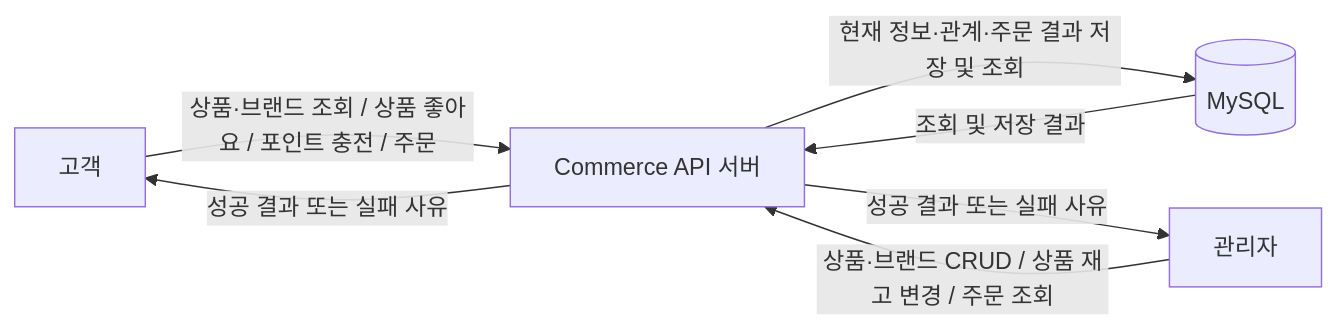
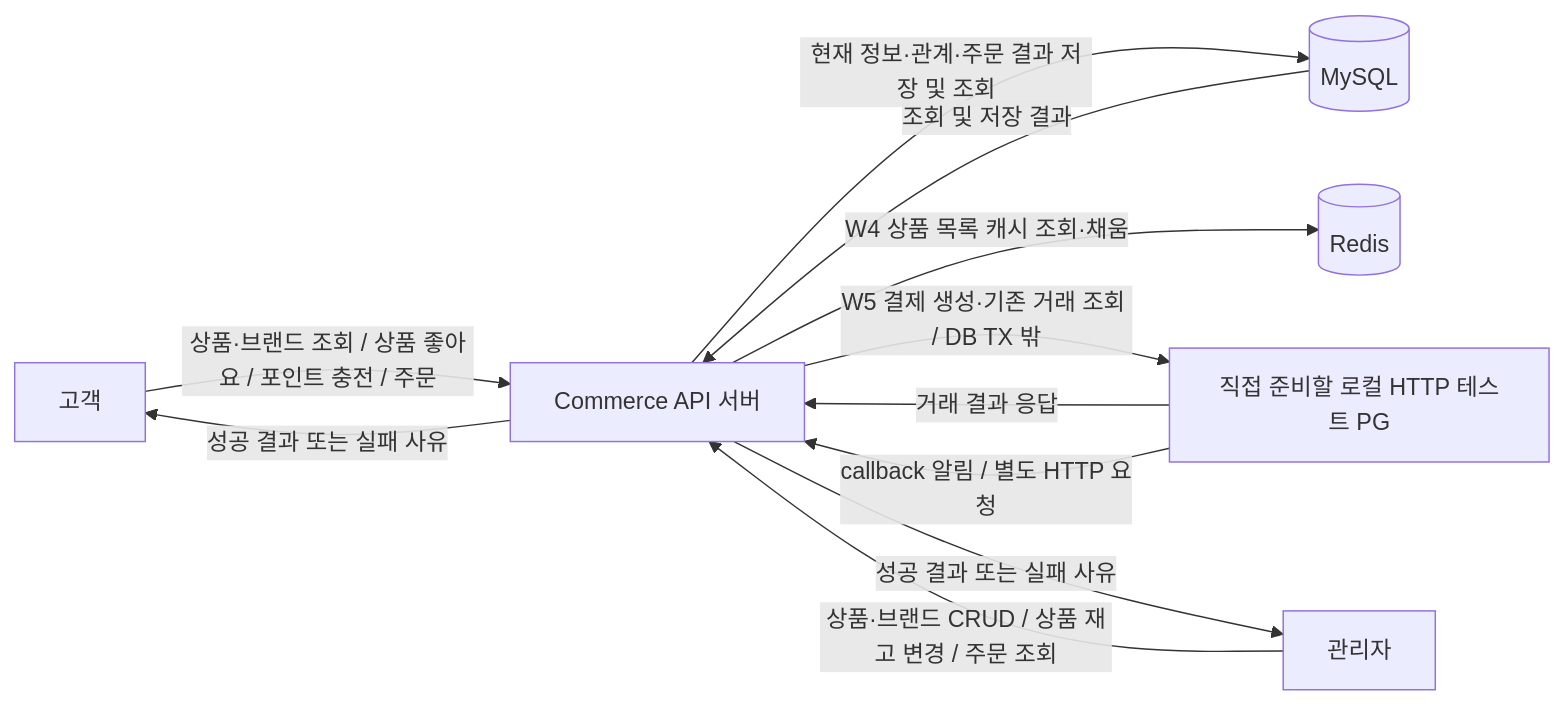
The first of 5 diagrams in docs/week2/commerce-erd-draft.md (kjyend/loop-pack-be-l2-vol5-java), drawn with Mermaid before and after one commit. The commit also changed other lines of this file and 10 other files, not shown here.

````diff
--- a/docs/week2/commerce-erd-draft.md
+++ b/docs/week2/commerce-erd-draft.md
@@ -184,9 +296,13 @@
 ```mermaid
 flowchart LR
     C["고객"] -->|"상품·브랜드 조회 / 상품 좋아요 / 포인트 충전 / 주문"| API["Commerce API 서버"]
     A["관리자"] -->|"상품·브랜드 CRUD / 상품 재고 변경 / 주문 조회"| API
     API -->|"현재 정보·관계·주문 결과 저장 및 조회"| DB[("MySQL")]
+    API -->|"W4 상품 목록 캐시 조회·채움"| R[("Redis")]
+    API -->|"W5 결제 생성·기존 거래 조회 / DB TX 밖"| PG["직접 준비할 로컬 HTTP 테스트 PG"]
+    PG -->|"거래 결과 응답"| API
+    PG -->|"callback 알림 / 별도 HTTP 요청"| API
     DB -->|"조회 및 저장 결과"| API
     API -->|"성공 결과 또는 실패 사유"| C
     API -->|"성공 결과 또는 실패 사유"| A
 ```
````
